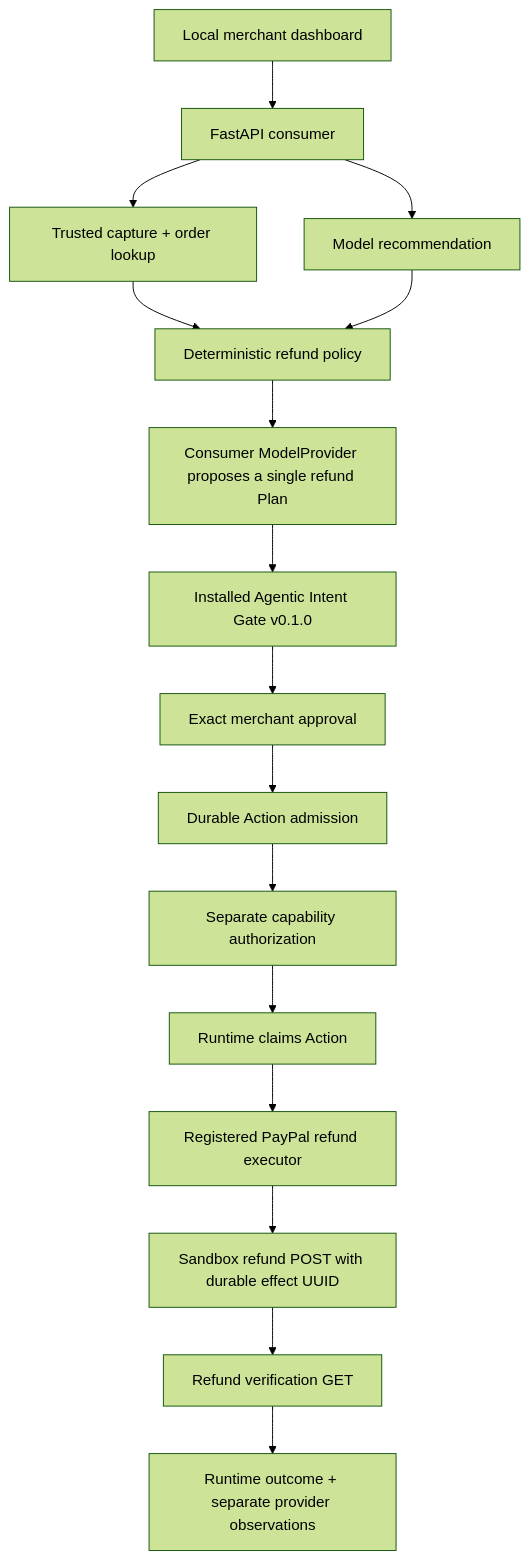
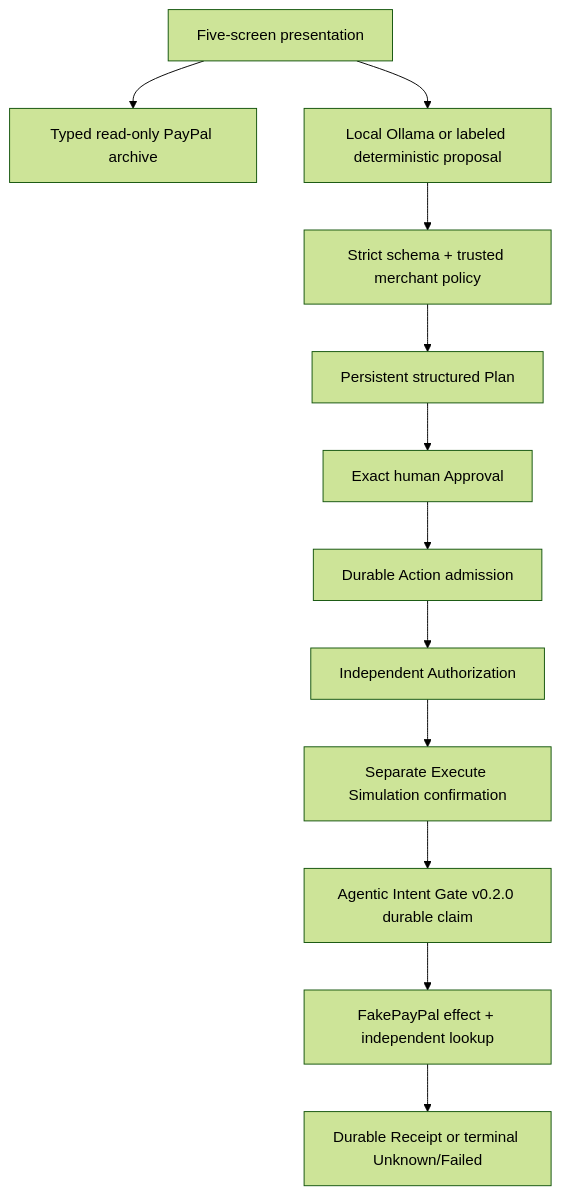
The diagram in docs/architecture.md (miku-wwl/refund-sentinel-agent), drawn with Mermaid (forest theme) before and after one commit. The commit also changed other lines of this file and 25 other files, not shown here.

````diff
--- a/docs/architecture.md
+++ b/docs/architecture.md
@@ -3,18 +6,14 @@
 ```mermaid
 flowchart TD
-  UI[Local merchant dashboard] --> APP[FastAPI consumer]
-  APP --> READ[Trusted capture + order lookup]
-  APP --> AI[Model recommendation]
-  READ --> POLICY[Deterministic refund policy]
-  AI --> POLICY
-  POLICY --> PLAN[Consumer ModelProvider proposes a single refund Plan]
-  PLAN --> GATE[Installed Agentic Intent Gate v0.1.0]
-  GATE --> APPROVAL[Exact merchant approval]
-  APPROVAL --> ADMIT[Durable Action admission]
-  ADMIT --> AUTH[Separate capability authorization]
-  AUTH --> CLAIM[Runtime claims Action]
-  CLAIM --> EXEC[Registered PayPal refund executor]
-  EXEC --> POST[Sandbox refund POST with durable effect UUID]
-  POST --> GET[Refund verification GET]
-  GET --> OUTCOME[Runtime outcome + separate provider observations]
+  UI[Five-screen presentation] --> ARCHIVE[Typed read-only PayPal archive]
+  UI --> AI[Local Ollama or labeled deterministic proposal]
+  AI --> POLICY[Strict schema + trusted merchant policy]
+  POLICY --> PLAN[Persistent structured Plan]
+  PLAN --> APPROVE[Exact human Approval]
+  APPROVE --> ADMIT[Durable Action admission]
+  ADMIT --> AUTH[Independent Authorization]
+  AUTH --> PERMIT[Separate Execute Simulation confirmation]
+  PERMIT --> CLAIM[Agentic Intent Gate v0.2.0 durable claim]
+  CLAIM --> FAKE[FakePayPal effect + independent lookup]
+  FAKE --> RESULT[Durable Receipt or terminal Unknown/Failed]
 ```
````
